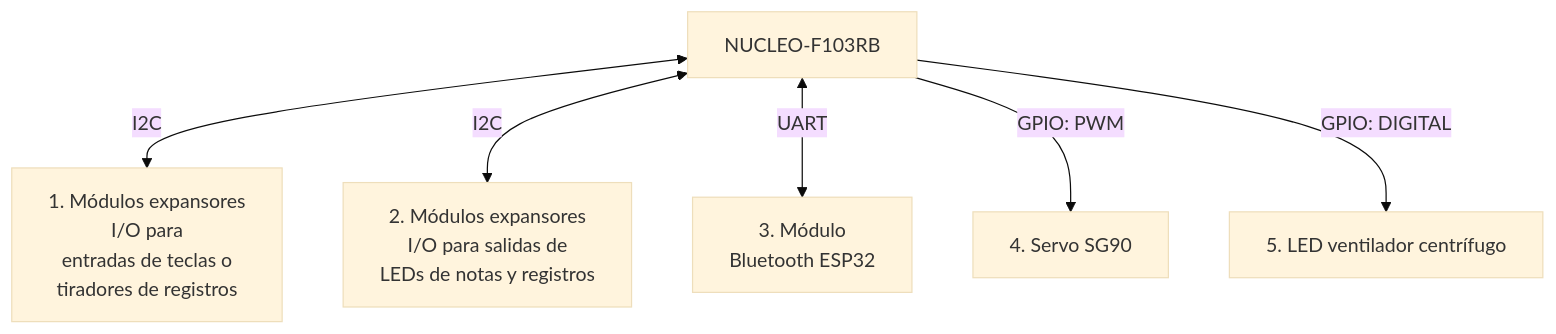
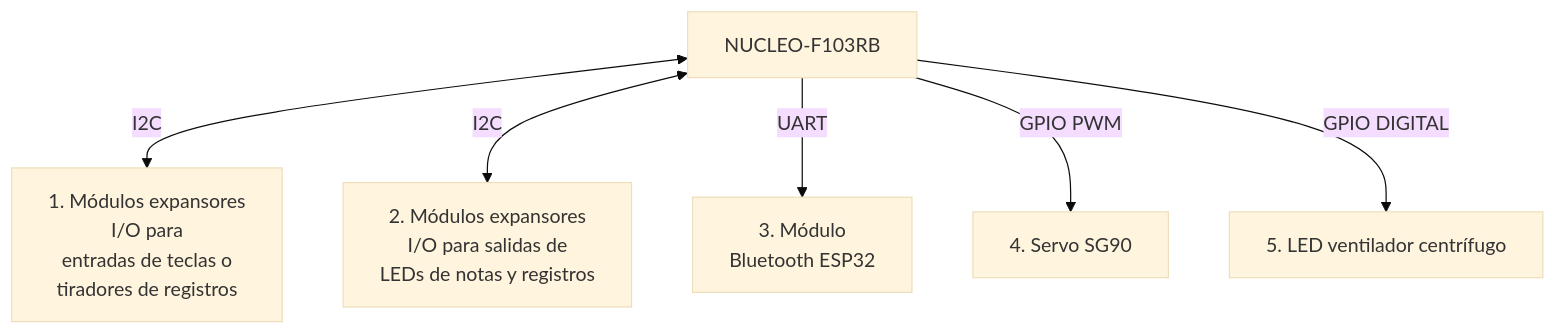
One commit to mpdcfiuba/tdse-tf_3-4 changed the diagram in Readme.md. Above: the diagram before and after it, drawn with Mermaid (base theme). The commit also changed other lines of this file, not shown here.

````diff
--- a/Readme.md
+++ b/Readme.md
@@ -89,10 +102,20 @@
 ```mermaid
 flowchart TD
     A[NUCLEO-F103RB]
 
-    A <-- I2C --> B[1. Módulos expansores <br/> I/O para <br/> entradas de teclas o <br/> tiradores de registros]
-    A <-- I2C --> C[2. Módulos expansores <br/> I/O para salidas de <br/> LEDs de notas y registros]
-    A <-- UART --> D[3. Módulo <br/> Bluetooth ESP32]
-    A -- GPIO: PWM --> E[4. Servo SG90]
-    A -- GPIO: DIGITAL --> F[5. LED ventilador centrífugo]
+    A <-->|I2C| B["1. Módulos expansores
+I/O para
+entradas de teclas o
+tiradores de registros"]
+
+    A <-->|I2C| C["2. Módulos expansores
+I/O para salidas de
+LEDs de notas y registros"]
+
+    A -->|UART| D["3. Módulo
+Bluetooth ESP32"]
+
+    A -->|GPIO PWM| E["4. Servo SG90"]
+
+    A -->|GPIO DIGITAL| F["5. LED ventilador centrífugo"]
 ```
````
